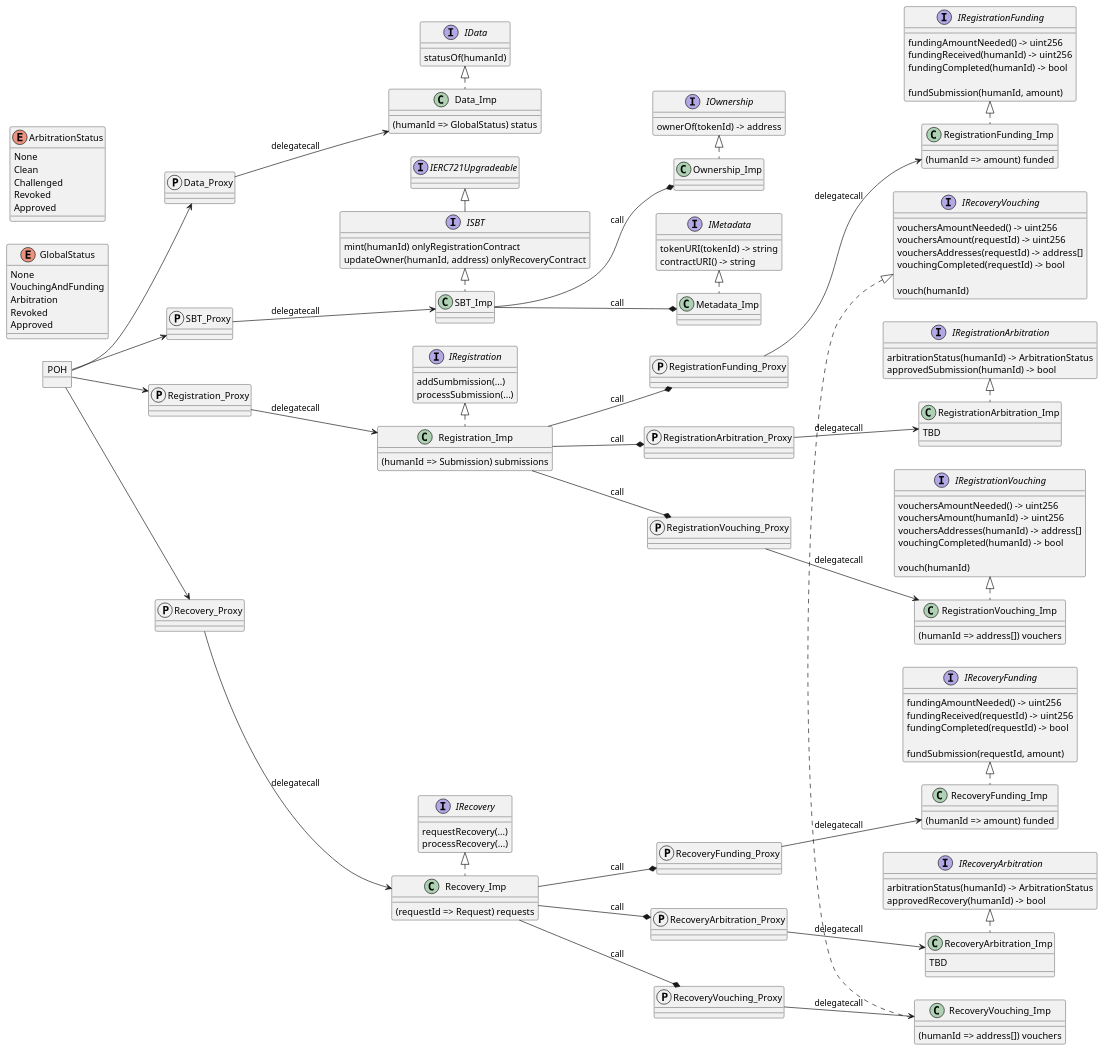
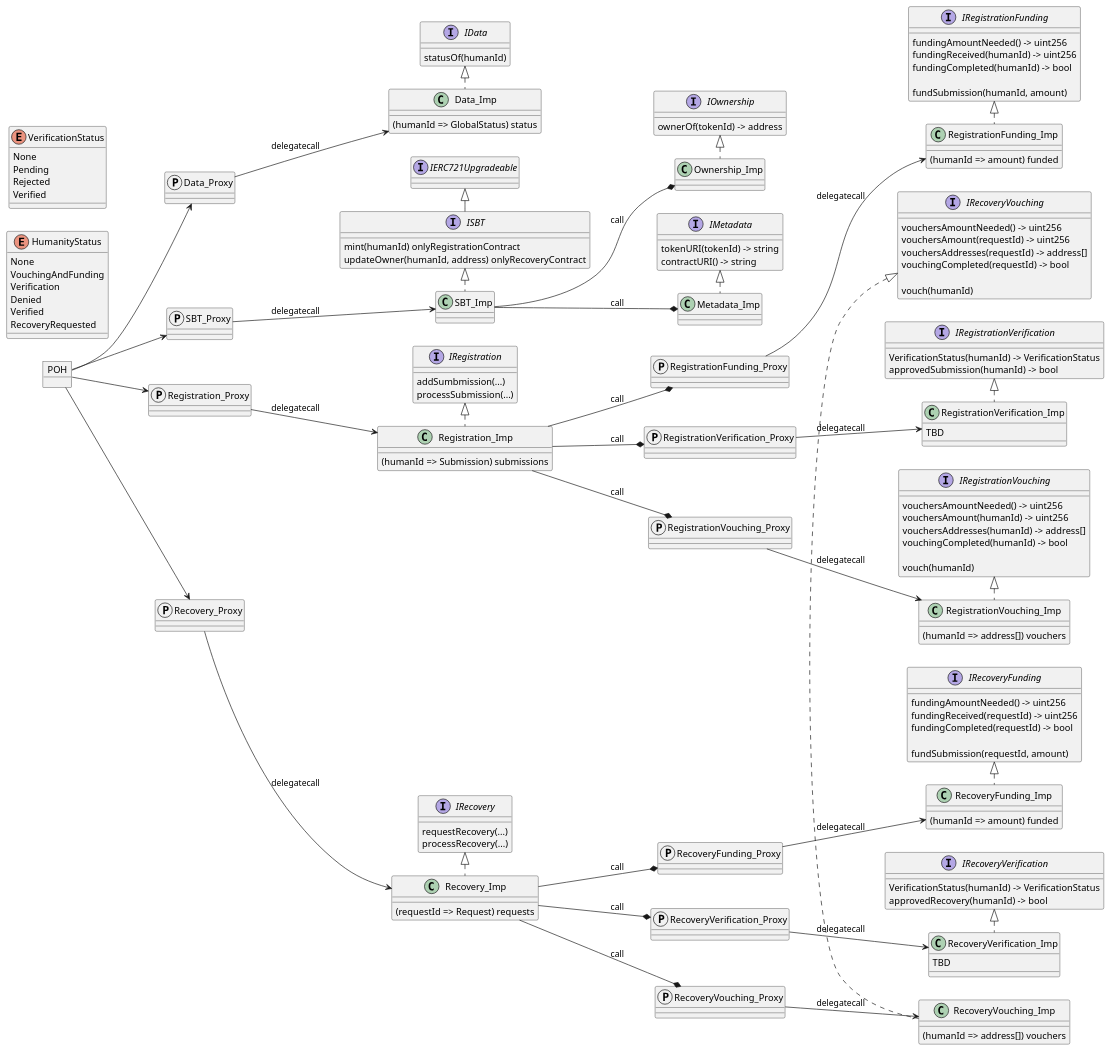
One commit to OpenProofOfHumanity/democratic-proof-of-humanity changed the diagram in diagrams/contracts.puml. Above: the diagram before and after it, drawn with PlantUML. The commit also changed 8 other files, not shown here.

Commit message:
style: replace arbitration -> verification

```diff
--- a/diagrams/contracts.puml
+++ b/diagrams/contracts.puml
@@ -10,20 +10,20 @@
 
 ' enums
 
-enum GlobalStatus {
+enum HumanityStatus {
     None
     VouchingAndFunding
-    Arbitration
-    Revoked
-    Approved
+    Verification
+    Denied
+    Verified
+    RecoveryRequested
 }
 
-enum ArbitrationStatus {
+enum VerificationStatus {
     None
-    Clean
-    Challenged
-    Revoked
-    Approved
+    Pending
+    Rejected
+    Verified
 }
 
 ' interfaces / abstract classes
@@ -68,8 +68,8 @@
 
     fundSubmission(humanId, amount)
 }
-interface IRegistrationArbitration {
-    arbitrationStatus(humanId) -> ArbitrationStatus
+interface IRegistrationVerification {
+    VerificationStatus(humanId) -> VerificationStatus
     approvedSubmission(humanId) -> bool
 }
 interface IRecoveryVouching {
@@ -87,8 +87,8 @@
 
     fundSubmission(requestId, amount)
 }
-interface IRecoveryArbitration {
-    arbitrationStatus(humanId) -> ArbitrationStatus
+interface IRecoveryVerification {
+    VerificationStatus(humanId) -> VerificationStatus
     approvedRecovery(humanId) -> bool
 }
 
@@ -101,11 +101,11 @@
 
 protocol RegistrationVouching_Proxy
 protocol RegistrationFunding_Proxy
-protocol RegistrationArbitration_Proxy
+protocol RegistrationVerification_Proxy
 
 protocol RecoveryVouching_Proxy
 protocol RecoveryFunding_Proxy
-protocol RecoveryArbitration_Proxy
+protocol RecoveryVerification_Proxy
 
 ' classes
 
@@ -126,7 +126,7 @@
 class RegistrationFunding_Imp {
     (humanId => amount) funded
 }
-class RegistrationArbitration_Imp {
+class RegistrationVerification_Imp {
     TBD
 }
 
@@ -136,7 +136,7 @@
 class RecoveryFunding_Imp {
     (humanId => amount) funded
 }
-class RecoveryArbitration_Imp {
+class RecoveryVerification_Imp {
     TBD
 }
 
@@ -162,11 +162,11 @@
 
 RegistrationVouching_Imp .l.|> IRegistrationVouching
 RegistrationFunding_Imp .l.|> IRegistrationFunding
-RegistrationArbitration_Imp .l.|> IRegistrationArbitration
+RegistrationVerification_Imp .l.|> IRegistrationVerification
 
 RecoveryVouching_Imp .l.|> IRecoveryVouching
 RecoveryFunding_Imp .l.|> IRecoveryFunding
-RecoveryArbitration_Imp .l.|> IRecoveryArbitration
+RecoveryVerification_Imp .l.|> IRecoveryVerification
 
 
 ' proxies implementations
@@ -178,11 +178,11 @@
 
 RegistrationVouching_Proxy --> RegistrationVouching_Imp : delegatecall
 RegistrationFunding_Proxy --> RegistrationFunding_Imp : delegatecall
-RegistrationArbitration_Proxy --> RegistrationArbitration_Imp : delegatecall
+RegistrationVerification_Proxy --> RegistrationVerification_Imp : delegatecall
 
 RecoveryVouching_Proxy --> RecoveryVouching_Imp : delegatecall
 RecoveryFunding_Proxy --> RecoveryFunding_Imp : delegatecall
-RecoveryArbitration_Proxy --> RecoveryArbitration_Imp : delegatecall
+RecoveryVerification_Proxy --> RecoveryVerification_Imp : delegatecall
 
 ' composition
 
@@ -191,11 +191,11 @@
 
 Registration_Imp --* RegistrationVouching_Proxy : call
 Registration_Imp --* RegistrationFunding_Proxy : call
-Registration_Imp --* RegistrationArbitration_Proxy : call
+Registration_Imp --* RegistrationVerification_Proxy : call
 
 Recovery_Imp --* RecoveryVouching_Proxy : call
 Recovery_Imp --* RecoveryFunding_Proxy : call
-Recovery_Imp --* RecoveryArbitration_Proxy : call
+Recovery_Imp --* RecoveryVerification_Proxy : call
 
 ' hide @unlinked
 
```
